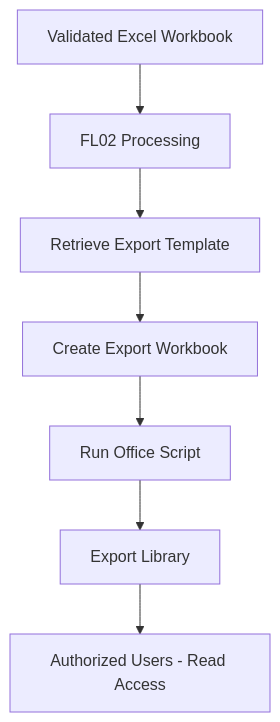
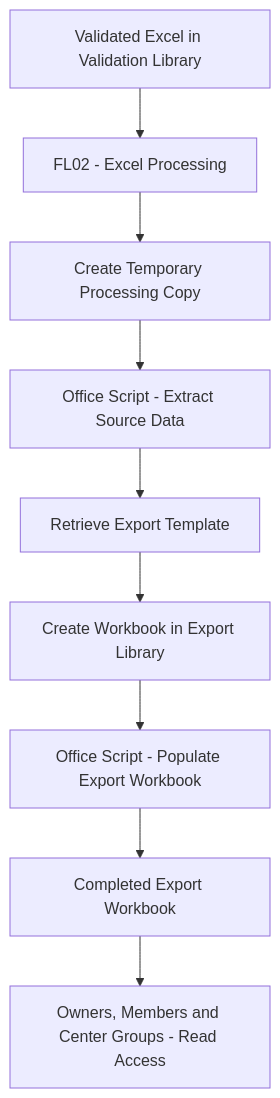
The diagram in Power-Automate/SharePoint-Excel-Automation/Sharepoint/libraries/export-library.md (smartinmunoz/power-platform-portfolio), drawn with Mermaid before and after one commit. The commit also changed other lines of this file, not shown here.

Commit message:
docs: update export workflow diagram
Updated the export workflow diagram to reflect changes in the export generation process, including new steps and clarifications on SharePoint record handling.

````diff
--- a/Power-Automate/SharePoint-Excel-Automation/Sharepoint/libraries/export-library.md
+++ b/Power-Automate/SharePoint-Excel-Automation/Sharepoint/libraries/export-library.md
@@ -118,17 +119,21 @@
 ```mermaid
 flowchart TD
-    A[Validated Excel Workbook]
-    B[FL02 Processing]
-    C[Retrieve Export Template]
-    D[Create Export Workbook]
-    E[Run Office Script]
-    F[Export Library]
-    G[Authorized Users - Read Access]
+    A[Validated Excel in Validation Library]
+    B[FL02 - Excel Processing]
+    C[Create Temporary Processing Copy]
+    D[Office Script - Extract Source Data]
+    E[Retrieve Export Template]
+    F[Create Workbook in Export Library]
+    G[Office Script - Populate Export Workbook]
+    H[Completed Export Workbook]
+    I[Owners, Members and Center Groups - Read Access]
 
     A --> B
     B --> C
     C --> D
     D --> E
     E --> F
     F --> G
+    G --> H
+    H --> I
 ```
````
